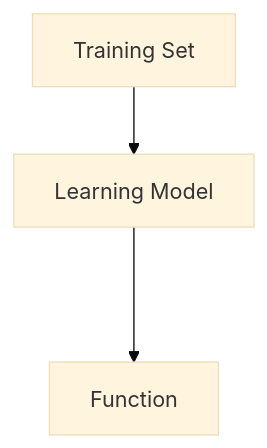
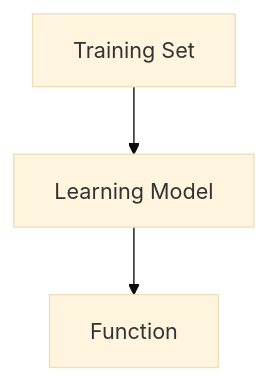
One commit to Abhishrent/LearningMachineLearning changed the first of 2 diagrams in MachineLearning.md. Above: the diagram before and after it, drawn with Mermaid (base theme). The commit also changed other lines of this file, not shown here.

````diff
--- a/MachineLearning.md
+++ b/MachineLearning.md
@@ -92,7 +90,7 @@
 ```mermaid
-flowchart TD
-	L[Learning Model]
-	T[Training Set]
-	F[Function]
-	T-->L--->F
+graph TD
+    L[Learning Model]
+    T[Training Set]
+    F[Function]
+    T --> L --> F
 ```
````
